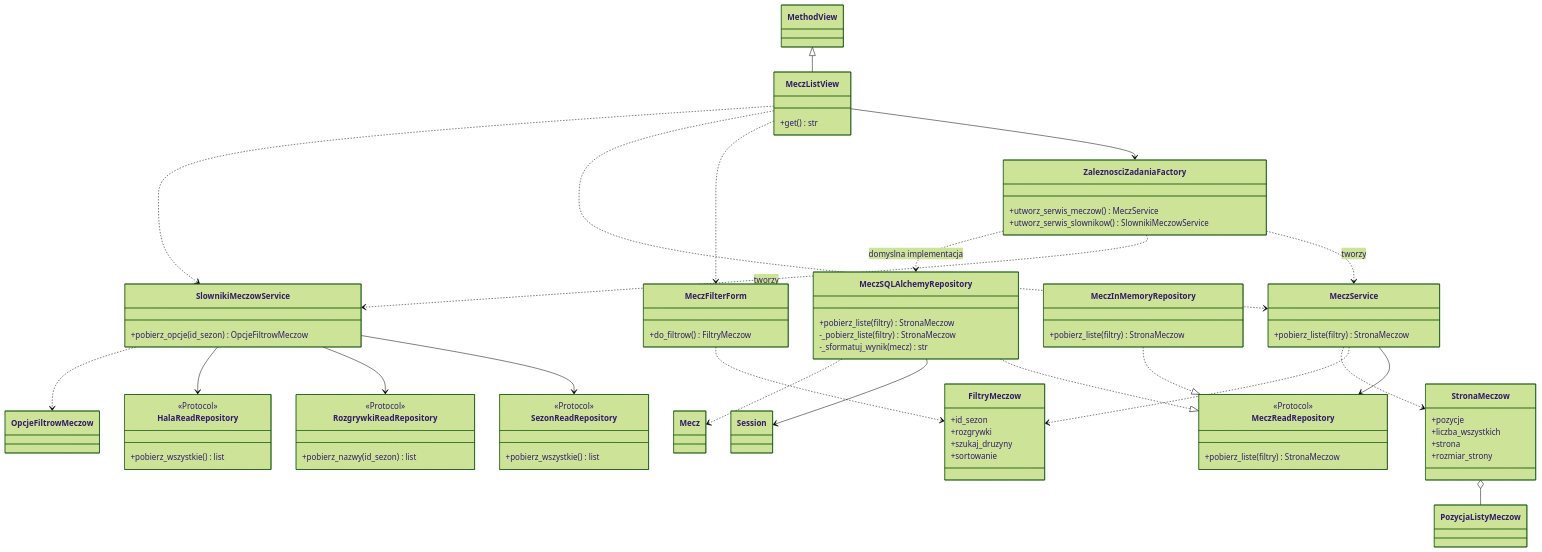
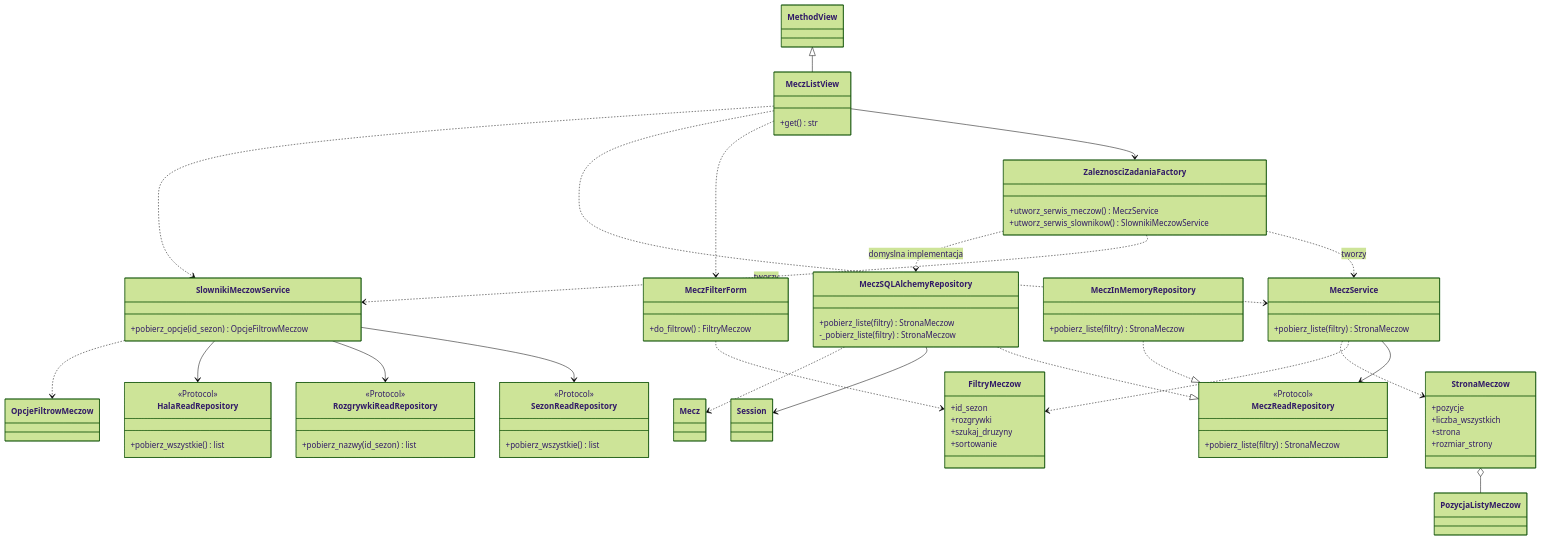
The diagram in docs/MOJA_ARCHITECTURE.md (michkaminski/handaball_datascience), drawn with Mermaid (forest theme) before and after one commit. The commit also changed other lines of this file and 32 other files, not shown here.

````diff
--- a/docs/MOJA_ARCHITECTURE.md
+++ b/docs/MOJA_ARCHITECTURE.md
@@ -173,81 +173,80 @@
 ```mermaid
 classDiagram
     class MethodView
     class MeczListView {
         +get() str
     }
     class MeczFilterForm {
         +do_filtrow() FiltryMeczow
     }
     class ZaleznosciZadaniaFactory {
         +utworz_serwis_meczow() MeczService
         +utworz_serwis_slownikow() SlownikiMeczowService
     }
     class MeczService {
         +pobierz_liste(filtry) StronaMeczow
     }
     class MeczReadRepository {
         <<Protocol>>
         +pobierz_liste(filtry) StronaMeczow
     }
     class MeczSQLAlchemyRepository {
         +pobierz_liste(filtry) StronaMeczow
         -_pobierz_liste(filtry) StronaMeczow
-        -_sformatuj_wynik(mecz) str
     }
     class MeczInMemoryRepository {
         +pobierz_liste(filtry) StronaMeczow
     }
     class SlownikiMeczowService {
         +pobierz_opcje(id_sezon) OpcjeFiltrowMeczow
     }
     class SezonReadRepository {
         <<Protocol>>
         +pobierz_wszystkie() list
     }
     class RozgrywkiReadRepository {
         <<Protocol>>
         +pobierz_nazwy(id_sezon) list
     }
     class HalaReadRepository {
         <<Protocol>>
         +pobierz_wszystkie() list
     }
     class FiltryMeczow {
         +id_sezon
         +rozgrywki
         +szukaj_druzyny
         +sortowanie
     }
     class StronaMeczow {
         +pozycje
         +liczba_wszystkich
         +strona
         +rozmiar_strony
     }
     class PozycjaListyMeczow
     class OpcjeFiltrowMeczow
     class Session
     class Mecz
     MethodView <|-- MeczListView
     MeczListView --> ZaleznosciZadaniaFactory
     MeczListView ..> MeczFilterForm
     MeczListView ..> MeczService
     MeczListView ..> SlownikiMeczowService
     MeczFilterForm ..> FiltryMeczow
     ZaleznosciZadaniaFactory ..> MeczService : tworzy
     ZaleznosciZadaniaFactory ..> SlownikiMeczowService : tworzy
     ZaleznosciZadaniaFactory ..> MeczSQLAlchemyRepository : domyslna implementacja
     MeczService --> MeczReadRepository
     MeczSQLAlchemyRepository ..|> MeczReadRepository
     MeczInMemoryRepository ..|> MeczReadRepository
     MeczSQLAlchemyRepository --> Session
     MeczSQLAlchemyRepository ..> Mecz
     MeczService ..> FiltryMeczow
     MeczService ..> StronaMeczow
     StronaMeczow o-- PozycjaListyMeczow
     SlownikiMeczowService --> SezonReadRepository
     SlownikiMeczowService --> RozgrywkiReadRepository
     SlownikiMeczowService --> HalaReadRepository
     SlownikiMeczowService ..> OpcjeFiltrowMeczow
 ```
````
